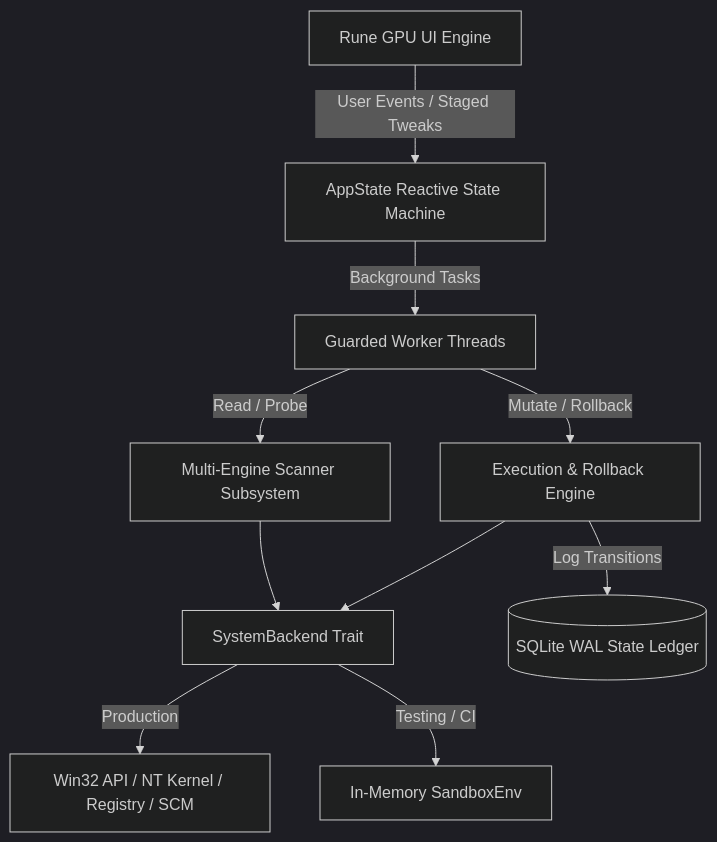
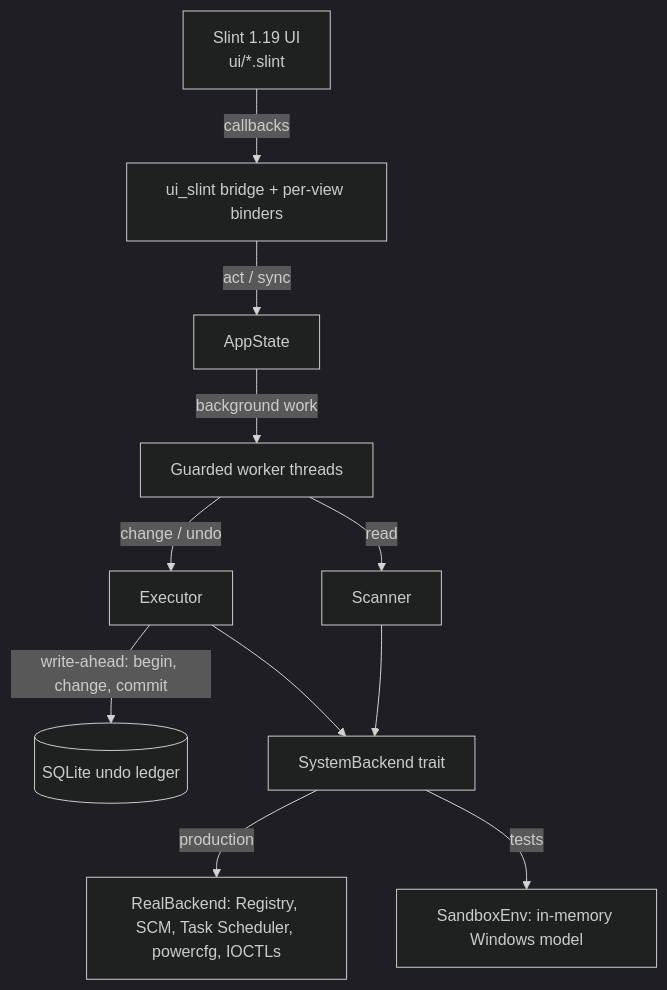
One commit to Konstrukturmx/WinBlast-Optimizer changed the diagram in DEVELOPMENT.md. Above: the diagram before and after it, drawn with Mermaid (dark theme). The commit also changed other lines of this file and 71 other files, not shown here.

Commit message:
release: v1.7.0 — new README with real screenshots, changelog finalised, SECURITY and DEVELOPMENT rewritten, screenshot tour (WINBLAST_SCREENSHOT_DIR), repo tidy, graphify update

````diff
--- a/DEVELOPMENT.md
+++ b/DEVELOPMENT.md
@@ -9,14 +9,13 @@
 ```mermaid
 graph TD
-    UI[Rune GPU UI Engine] -->|User Events / Staged Tweaks| AppState[AppState Reactive State Machine]
-    AppState -->|Background Tasks| Worker[Guarded Worker Threads]
-    Worker -->|Read / Probe| Scanner[Multi-Engine Scanner Subsystem]
-    Worker -->|Mutate / Rollback| Executor[Execution & Rollback Engine]
-    
-    Scanner --> SysBackend[SystemBackend Trait]
-    Executor --> SysBackend
-    Executor -->|Log Transitions| Ledger[(SQLite WAL State Ledger)]
-    
-    SysBackend -->|Production| RealWin32[Win32 API / NT Kernel / Registry / SCM]
-    SysBackend -->|Testing / CI| Sandbox[In-Memory SandboxEnv]
+    UI[Slint 1.19 UI<br/>ui/*.slint] -->|callbacks| Bridge[ui_slint bridge + per-view binders]
+    Bridge -->|act / sync| AppState[AppState]
+    AppState -->|background work| Workers[Guarded worker threads]
+    Workers -->|read| Scanner[Scanner]
+    Workers -->|change / undo| Executor[Executor]
+    Executor -->|write-ahead: begin, change, commit| Ledger[(SQLite undo ledger)]
+    Scanner --> Backend[SystemBackend trait]
+    Executor --> Backend
+    Backend -->|production| Real[RealBackend: Registry, SCM, Task Scheduler, powercfg, IOCTLs]
+    Backend -->|tests| Sandbox[SandboxEnv: in-memory Windows model]
 ```
````
